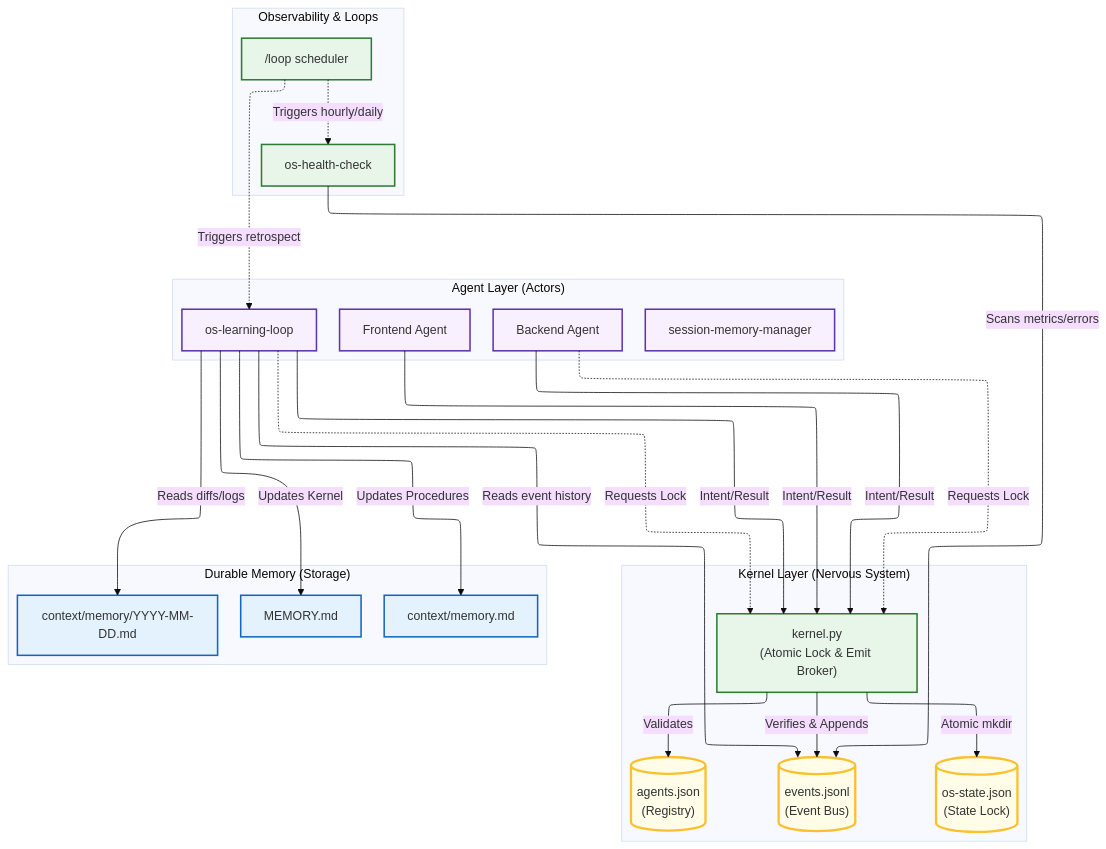
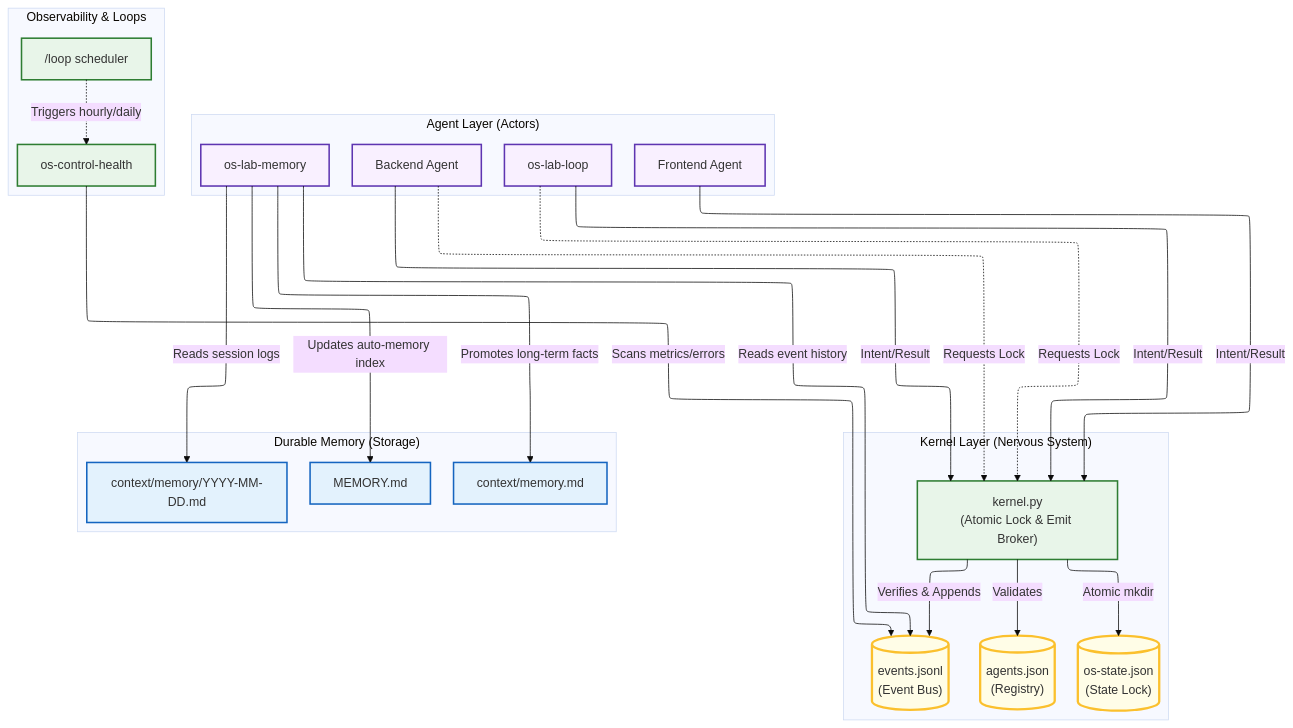
The diagram in plugins/agent-agentic-os/assets/diagrams/event-bus-architecture.mmd (richfrem/agent-plugins-skills), drawn with Mermaid before and after one commit. The commit also changed 943 other files, not shown here.

First line of the commit message:
refactor(agent-agentic-os): consolidate into os-control-* and os-lab-* clusters (#697)

```diff
--- a/plugins/agent-agentic-os/assets/diagrams/event-bus-architecture.mmd
+++ b/plugins/agent-agentic-os/assets/diagrams/event-bus-architecture.mmd
@@ -1,61 +1,60 @@
 ---
 config:
   layout: elk
   theme: base
 ---
 flowchart TB
  subgraph subGraph0["Agent Layer (Actors)"]
         backend_agent["Backend Agent"]
         frontend_agent["Frontend Agent"]
-        os_learning_loop["os-learning-loop"]
-        memory_manager["session-memory-manager"]
+        os_lab_loop["os-lab-loop"]
+        memory_manager["os-lab-memory"]
   end
  subgraph subGraph1["Kernel Layer (Nervous System)"]
         kernel_controller["kernel.py<br>(Atomic Lock & Emit Broker)"]
         event_bus[("events.jsonl<br>(Event Bus)")]
         os_state[("os-state.json<br>(State Lock)")]
         registry[("agents.json<br>(Registry)")]
   end
  subgraph subGraph2["Observability & Loops"]
-        os_health_check["os-health-check"]
-        /loop["/loop scheduler"]
+        os_health_check["os-control-health"]
+        loop_scheduler["/loop scheduler"]
   end
  subgraph subGraph3["Durable Memory (Storage)"]
         memory_md["MEMORY.md"]
         context_memory_md["context/memory.md"]
         dated_logs["context/memory/YYYY-MM-DD.md"]
   end
     backend_agent -- "Intent/Result" --> kernel_controller
     frontend_agent -- "Intent/Result" --> kernel_controller
-    os_learning_loop -- "Intent/Result" --> kernel_controller
+    os_lab_loop -- "Intent/Result" --> kernel_controller
     kernel_controller -- "Verifies & Appends" --> event_bus
     kernel_controller -- "Validates" --> registry
-    os_learning_loop -- Reads event history --> event_bus
-    os_learning_loop -- Reads diffs/logs --> dated_logs
-    os_learning_loop -- Updates Procedures --> context_memory_md
-    os_learning_loop -- Updates Kernel --> memory_md
-    /loop -. Triggers hourly/daily .-> os_health_check
-    /loop -. Triggers retrospect .-> os_learning_loop
+    memory_manager -- Reads event history --> event_bus
+    memory_manager -- Reads session logs --> dated_logs
+    memory_manager -- Promotes long-term facts --> context_memory_md
+    memory_manager -- Updates auto-memory index --> memory_md
+    loop_scheduler -. Triggers hourly/daily .-> os_health_check
     os_health_check -- Scans metrics/errors --> event_bus
     backend_agent -. Requests Lock .-> kernel_controller
-    os_learning_loop -. Requests Lock .-> kernel_controller
+    os_lab_loop -. Requests Lock .-> kernel_controller
     kernel_controller -- "Atomic mkdir" --> os_state
 
      backend_agent:::agent
      frontend_agent:::agent
-     os_learning_loop:::agent
+     os_lab_loop:::agent
      memory_manager:::agent
      kernel_controller:::daemon
      event_bus:::bus
      os_state:::bus
      registry:::bus
      os_health_check:::daemon
-     /loop:::daemon
+     loop_scheduler:::daemon
      memory_md:::storage
      context_memory_md:::storage
      dated_logs:::storage
     classDef agent fill:#f9f0ff,stroke:#5e35b1,stroke-width:2px
     classDef bus fill:#fffde7,stroke:#fbc02d,stroke-width:3px
     classDef storage fill:#e3f2fd,stroke:#1565c0,stroke-width:2px
     classDef daemon fill:#e8f5e9,stroke:#2e7d32,stroke-width:2px
     classDef default fill:#fafafa,stroke:#333,stroke-width:1px
```
